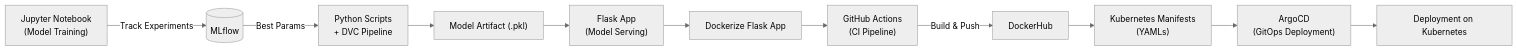
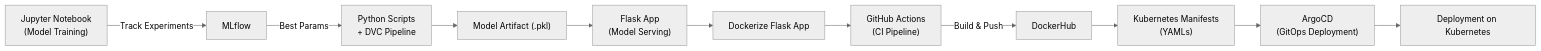
Before and after one commit to Kartikdudeja/ci-cd-mlops-pipeline: the diagram in README.md, drawn with Mermaid (neutral theme).

````diff
--- a/README.md
+++ b/README.md
@@ -21,19 +21,19 @@
 ```mermaid
 flowchart LR
     A["Jupyter Notebook
-(Model Training)"] -->|Track Experiments| B[(MLflow)]
+(Model Training)"] -->|Track Experiments| B[MLflow]
     B -->|Best Params| C["Python Scripts
 + DVC Pipeline"]
     C --> D["Model Artifact (.pkl)"]
     D --> E["Flask App
 (Model Serving)"]
     E --> F["Dockerize Flask App"]
     F --> G["GitHub Actions
 (CI Pipeline)"]
     G -->|Build & Push| H[DockerHub]
     H --> I["Kubernetes Manifests
 (YAMLs)"]
     I --> J["ArgoCD
 (GitOps Deployment)"]
     J --> K["Deployment on Kubernetes"]
 ```
````
